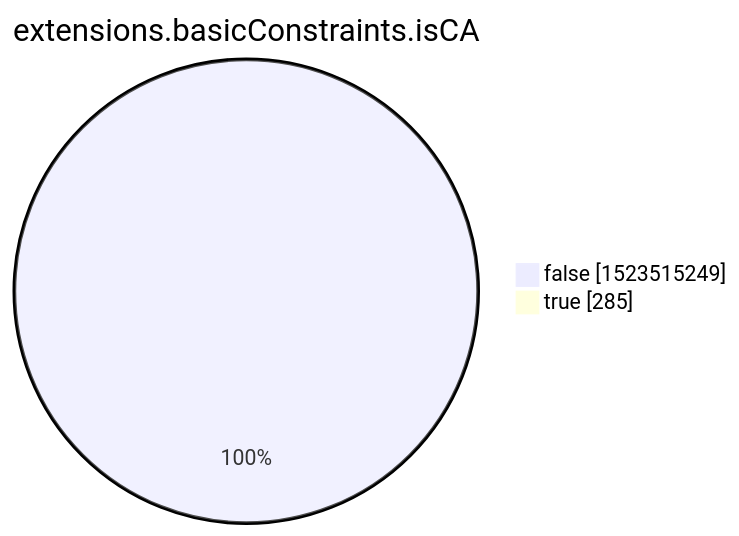
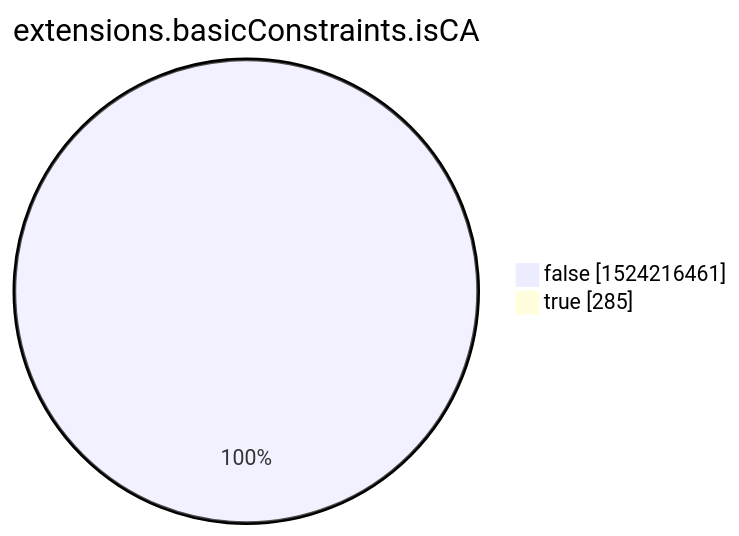
The eighth of 15 diagrams in xenon2022/README.md (christiankrug/ctmonitor_visualization), drawn with Mermaid before and after one commit. The commit also changed other lines of this file, not shown here.

````diff
--- a/xenon2022/README.md
+++ b/xenon2022/README.md
@@ -2857,6 +2857,6 @@
 ```mermaid
 pie showData
 title extensions.basicConstraints.isCA
-"false" :1523515249
+"false" :1524216461
 "true" :285
 ```
````
